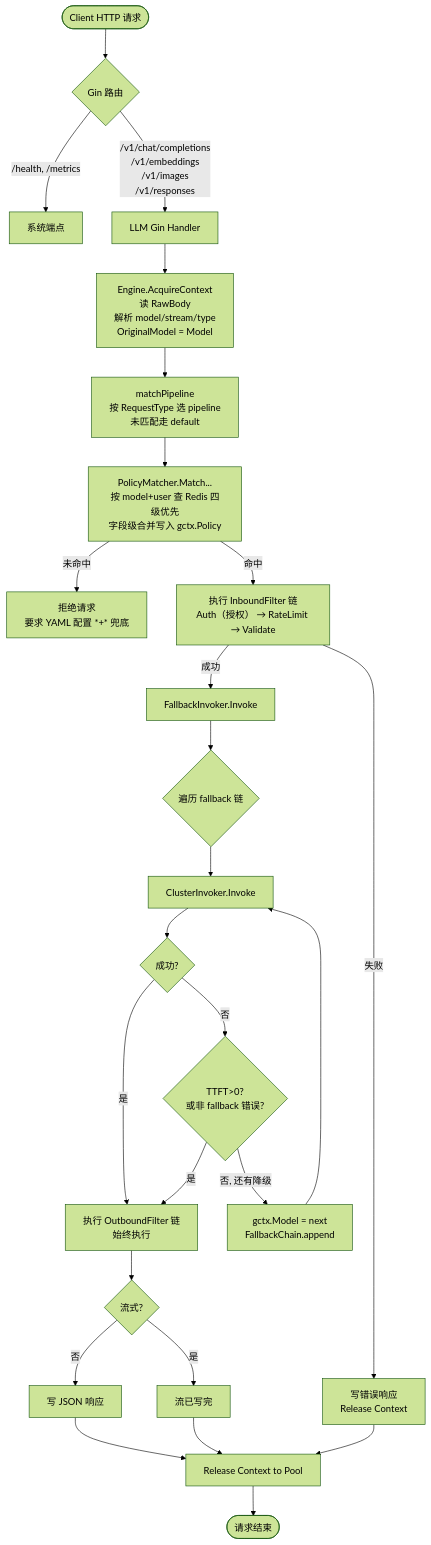
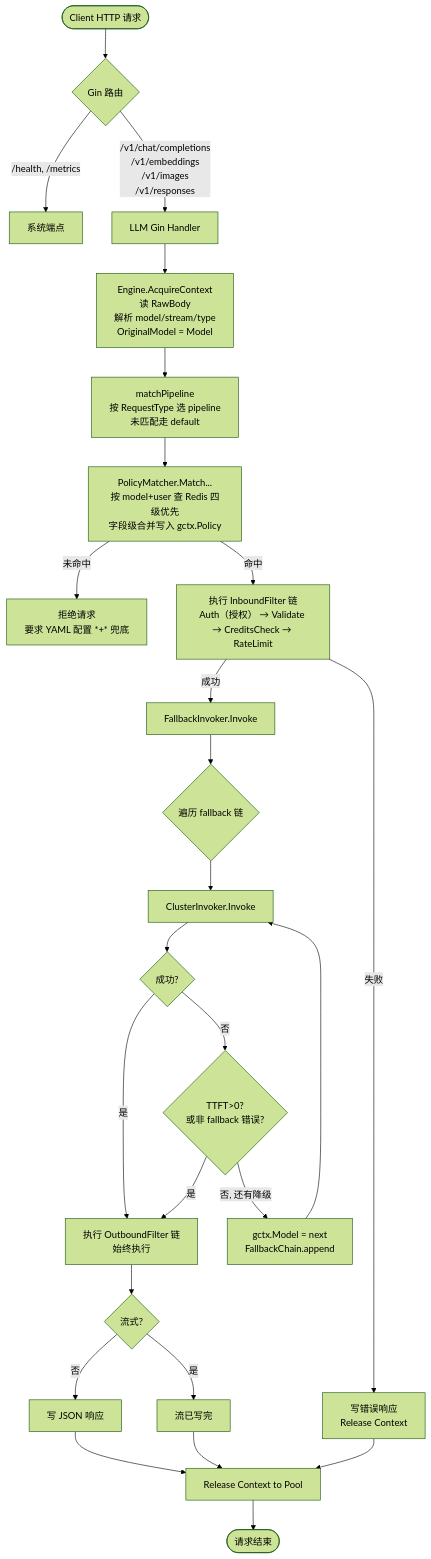
Before and after one commit to tokenlive/tokenlive-gateway: the fourth of 18 diagrams in docs/architecture.md, drawn with Mermaid (forest theme). The commit also changed other lines of this file and 4 other files, not shown here.

````diff
--- a/docs/architecture.md
+++ b/docs/architecture.md
@@ -384,32 +384,32 @@
 ```mermaid
 flowchart TD
     Start([Client HTTP 请求]) --> Gin{Gin 路由}
     Gin -->|/health, /metrics| Sys[系统端点]
     Gin -->|/v1/chat/completions<br>/v1/embeddings<br>/v1/images<br>/v1/responses| LLM[LLM Gin Handler]
 
     LLM --> AcquireCtx[Engine.AcquireContext<br>读 RawBody<br>解析 model/stream/type<br>OriginalModel = Model]
     AcquireCtx --> Pipeline[matchPipeline<br>按 RequestType 选 pipeline<br>未匹配走 default]
     Pipeline --> PolicyMatch[PolicyMatcher.Match...<br>按 model+user 查 Redis 四级优先<br>字段级合并写入 gctx.Policy]
     PolicyMatch -->|未命中| PolicyErr[拒绝请求<br>要求 YAML 配置 *+* 兜底]
-    PolicyMatch -->|命中| Inbound[执行 InboundFilter 链<br>Auth（授权） → RateLimit → Validate]
+    PolicyMatch -->|命中| Inbound[执行 InboundFilter 链<br>Auth（授权） → Validate → CreditsCheck → RateLimit]
     Inbound -->|失败| ErrResp1[写错误响应<br>Release Context]
     Inbound -->|成功| Fallback[FallbackInvoker.Invoke]
 
     Fallback --> FB_Loop{遍历 fallback 链}
     FB_Loop --> CI[ClusterInvoker.Invoke]
     CI --> CI_Result{成功?}
     CI_Result -->|是| Outbound
     CI_Result -->|否| FB_Check{TTFT>0?<br>或非 fallback 错误?}
     FB_Check -->|是| Outbound
     FB_Check -->|否, 还有降级| Rewrite[gctx.Model = next<br>FallbackChain.append]
     Rewrite --> CI
 
     Outbound[执行 OutboundFilter 链<br>始终执行] --> WriteResp{流式?}
     WriteResp -->|否| WriteJSON[写 JSON 响应]
     WriteResp -->|是| EndStream[流已写完]
 
     WriteJSON --> Release[Release Context to Pool]
     EndStream --> Release
     ErrResp1 --> Release
     Release --> End([请求结束])
 ```
````
